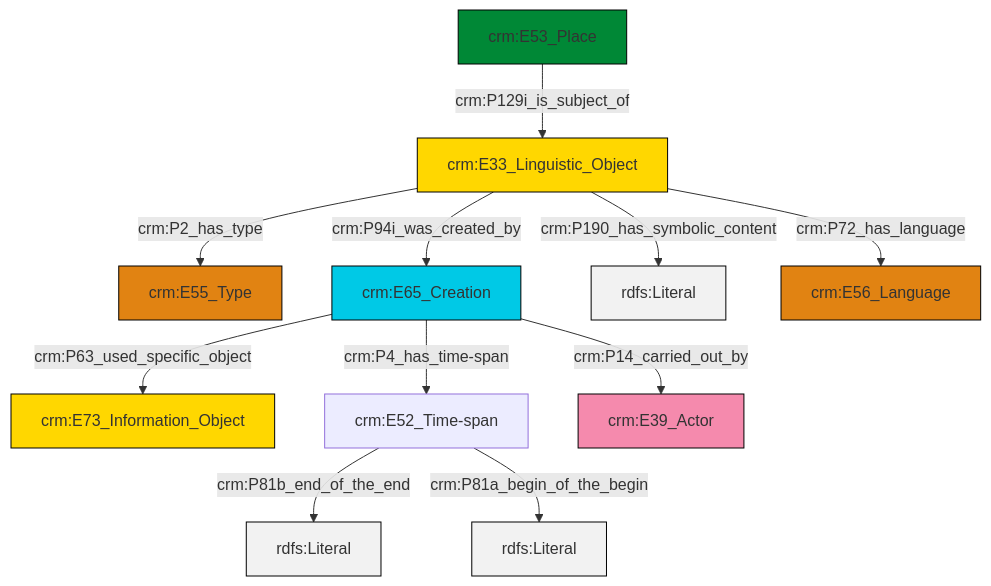
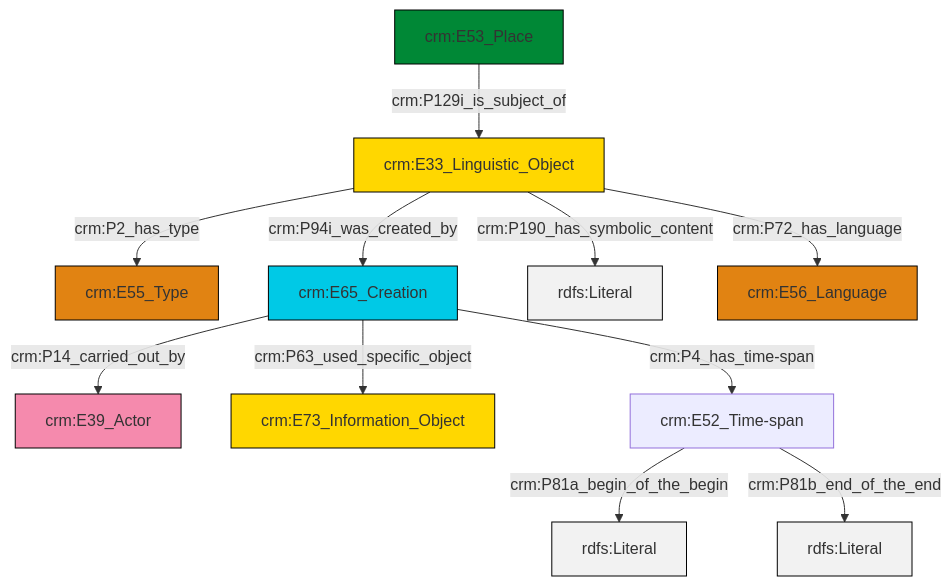
Before and after one commit to swiss-art-research-net/docs.swissartresearch: the diagram in et/placeCSV/ttl/mmd/place_description.ttl.mmd, drawn with Mermaid. The commit also changed 173 other files, not shown here.

```diff
--- a/et/placeCSV/ttl/mmd/place_description.ttl.mmd
+++ b/et/placeCSV/ttl/mmd/place_description.ttl.mmd
@@ -1,25 +1,25 @@
 graph TD
 classDef Literal fill:#f2f2f2,stroke:#000000;
 classDef CRM_Entity fill:#FFFFFF,stroke:#000000;
 classDef Temporal_Entity fill:#00C9E6, stroke:#000000;
 classDef Type fill:#E18312, stroke:#000000;
 classDef Time-Span fill:#2C9C91, stroke:#000000;
 classDef Appellation fill:#FFEB7F, stroke:#000000;
 classDef Place fill:#008836, stroke:#000000;
 classDef Persistent_Item fill:#B266B2, stroke:#000000;
 classDef Conceptual_Object fill:#FFD700, stroke:#000000;
 classDef Physical_Thing fill:#D2B48C, stroke:#000000;
 classDef Actor fill:#f58aad, stroke:#000000;
 classDef PC_Classes fill:#4ce600, stroke:#000000;
 classDef Multi fill:#cccccc,stroke:#000000;
 
-0["crm:E33_Linguistic_Object"]:::Conceptual_Object -->|crm:P2_has_type| 1["crm:E55_Type"]:::Type
-4["crm:E65_Creation"]:::Temporal_Entity -->|crm:P4_has_time-span| 5["crm:E52_Time-span"]:::Default
-0["crm:E33_Linguistic_Object"]:::Conceptual_Object -->|crm:P94i_was_created_by| 4["crm:E65_Creation"]:::Temporal_Entity
-0["crm:E33_Linguistic_Object"]:::Conceptual_Object -->|crm:P190_has_symbolic_content| 8[rdfs:Literal]:::Literal
-9["crm:E53_Place"]:::Place -->|crm:P129i_is_subject_of| 0["crm:E33_Linguistic_Object"]:::Conceptual_Object
-5["crm:E52_Time-span"]:::Default -->|crm:P81b_end_of_the_end| 10[rdfs:Literal]:::Literal
-0["crm:E33_Linguistic_Object"]:::Conceptual_Object -->|crm:P72_has_language| 11["crm:E56_Language"]:::Type
-5["crm:E52_Time-span"]:::Default -->|crm:P81a_begin_of_the_begin| 17[rdfs:Literal]:::Literal
-4["crm:E65_Creation"]:::Temporal_Entity -->|crm:P63_used_specific_object| 2["crm:E73_Information_Object"]:::Conceptual_Object
-4["crm:E65_Creation"]:::Temporal_Entity -->|crm:P14_carried_out_by| 14["crm:E39_Actor"]:::Actor
+6["crm:E65_Creation"]:::Temporal_Entity -->|crm:P4_has_time-span| 7["crm:E52_Time-span"]:::Default
+7["crm:E52_Time-span"]:::Default -->|crm:P81a_begin_of_the_begin| 8[rdfs:Literal]:::Literal
+9["crm:E33_Linguistic_Object"]:::Conceptual_Object -->|crm:P94i_was_created_by| 6["crm:E65_Creation"]:::Temporal_Entity
+9["crm:E33_Linguistic_Object"]:::Conceptual_Object -->|crm:P190_has_symbolic_content| 10[rdfs:Literal]:::Literal
+11["crm:E53_Place"]:::Place -->|crm:P129i_is_subject_of| 9["crm:E33_Linguistic_Object"]:::Conceptual_Object
+6["crm:E65_Creation"]:::Temporal_Entity -->|crm:P63_used_specific_object| 2["crm:E73_Information_Object"]:::Conceptual_Object
+7["crm:E52_Time-span"]:::Default -->|crm:P81b_end_of_the_end| 14[rdfs:Literal]:::Literal
+9["crm:E33_Linguistic_Object"]:::Conceptual_Object -->|crm:P2_has_type| 4["crm:E55_Type"]:::Type
+6["crm:E65_Creation"]:::Temporal_Entity -->|crm:P14_carried_out_by| 0["crm:E39_Actor"]:::Actor
+9["crm:E33_Linguistic_Object"]:::Conceptual_Object -->|crm:P72_has_language| 12["crm:E56_Language"]:::Type
```
